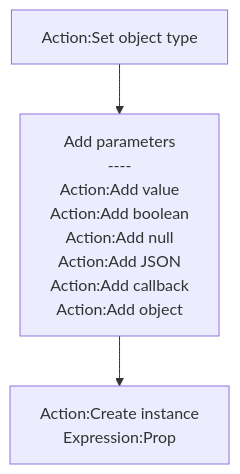
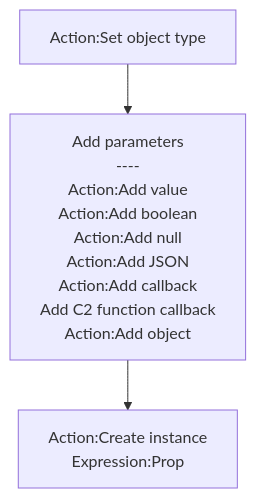
One commit to rexrainbow/C2RexDoc changed the second of 2 diagrams in plugins.md/rex_jsshell.md. Above: the diagram before and after it, drawn with Mermaid. The commit also changed 1 other file, not shown here.

````diff
--- a/plugins.md/rex_jsshell.md
+++ b/plugins.md/rex_jsshell.md
@@ -88,6 +88,6 @@
 ```mermaid
 graph TB
 
-SetFnName["Action:Set object type"] --> AddParam["Add parameters<br>----<br>Action:Add value<br>Action:Add boolean<br>Action:Add null<br>Action:Add JSON<br>Action:Add callback<br>Action:Add object"]
+SetFnName["Action:Set object type"] --> AddParam["Add parameters<br>----<br>Action:Add value<br>Action:Add boolean<br>Action:Add null<br>Action:Add JSON<br>Action:Add callback<br>Add C2 function callback<br>Action:Add object"]
 AddParam --> CreateInstance["Action:Create instance<br>Expression:Prop"]
 ```
````
